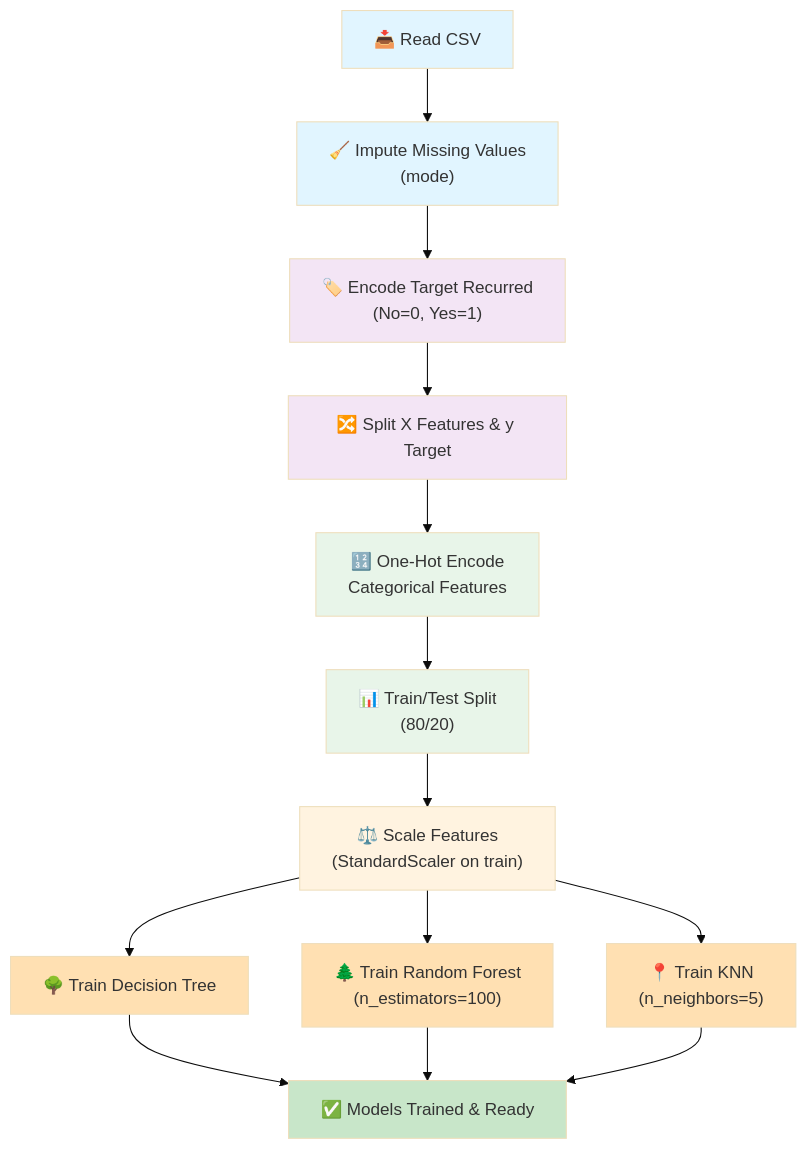
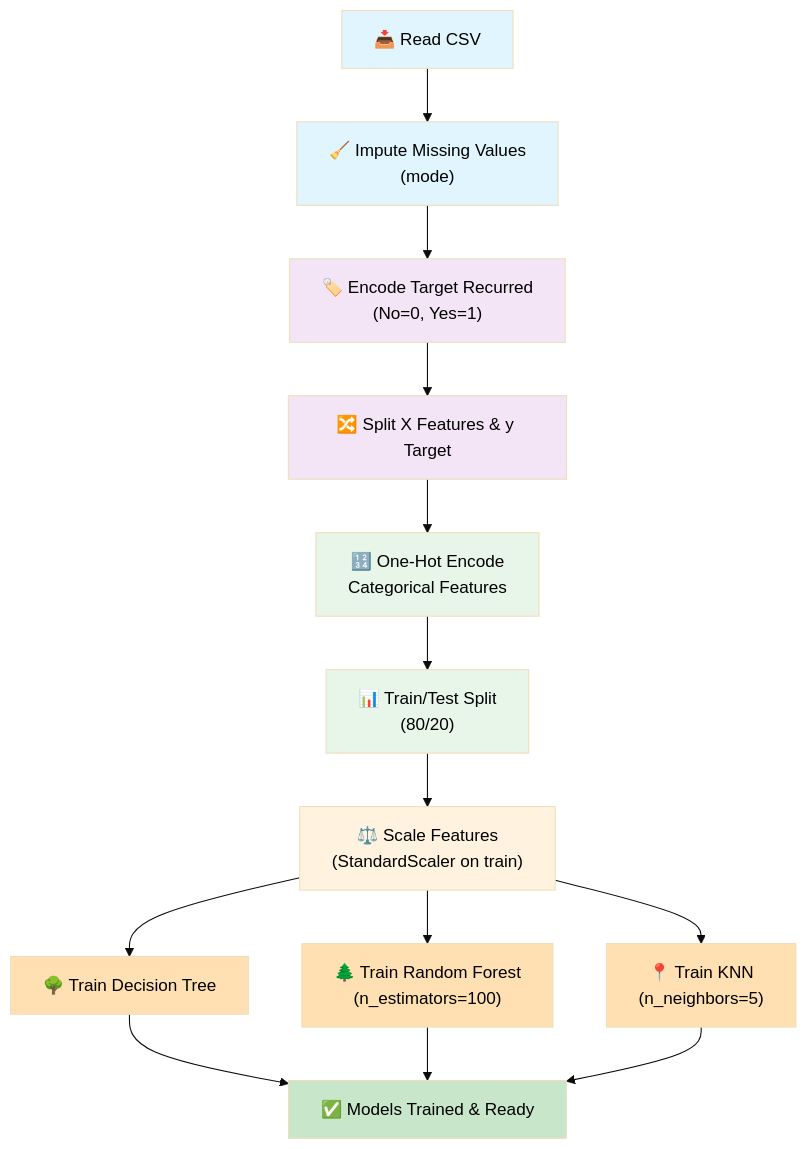
Before and after one commit to Yoni-Berihun/Thyroid_Recurrence_Prediction: the second of 3 diagrams in explain.md, drawn with Mermaid (base theme).

Commit message:
Fix: Add explicit text color to training flow diagram for better visibility

````diff
--- a/explain.md
+++ b/explain.md
@@ -150,33 +150,33 @@
 ```mermaid
 flowchart TD
     A["📥 Read CSV"] 
     B["🧹 Impute Missing Values<br/>(mode)"]
     C["🏷️ Encode Target Recurred<br/>(No=0, Yes=1)"]
     D["🔀 Split X Features & y Target"]
     E["🔢 One-Hot Encode<br/>Categorical Features"]
     F["📊 Train/Test Split<br/>(80/20)"]
     G["⚖️ Scale Features<br/>(StandardScaler on train)"]
     
     H1["🌳 Train Decision Tree"]
     H2["🌲 Train Random Forest<br/>(n_estimators=100)"]
     H3["📍 Train KNN<br/>(n_neighbors=5)"]
     
     I["✅ Models Trained & Ready"]
     
     A --> B --> C --> D --> E --> F --> G
     G --> H1 --> I
     G --> H2 --> I
     G --> H3 --> I
     
-    style A fill:#e1f5ff
-    style B fill:#e1f5ff
-    style C fill:#f3e5f5
-    style D fill:#f3e5f5
-    style E fill:#e8f5e9
-    style F fill:#e8f5e9
-    style G fill:#fff3e0
-    style H1 fill:#ffe0b2
-    style H2 fill:#ffe0b2
-    style H3 fill:#ffe0b2
-    style I fill:#c8e6c9
+    style A fill:#e1f5ff,color:#000
+    style B fill:#e1f5ff,color:#000
+    style C fill:#f3e5f5,color:#000
+    style D fill:#f3e5f5,color:#000
+    style E fill:#e8f5e9,color:#000
+    style F fill:#e8f5e9,color:#000
+    style G fill:#fff3e0,color:#000
+    style H1 fill:#ffe0b2,color:#000
+    style H2 fill:#ffe0b2,color:#000
+    style H3 fill:#ffe0b2,color:#000
+    style I fill:#c8e6c9,color:#000
 ```
````
